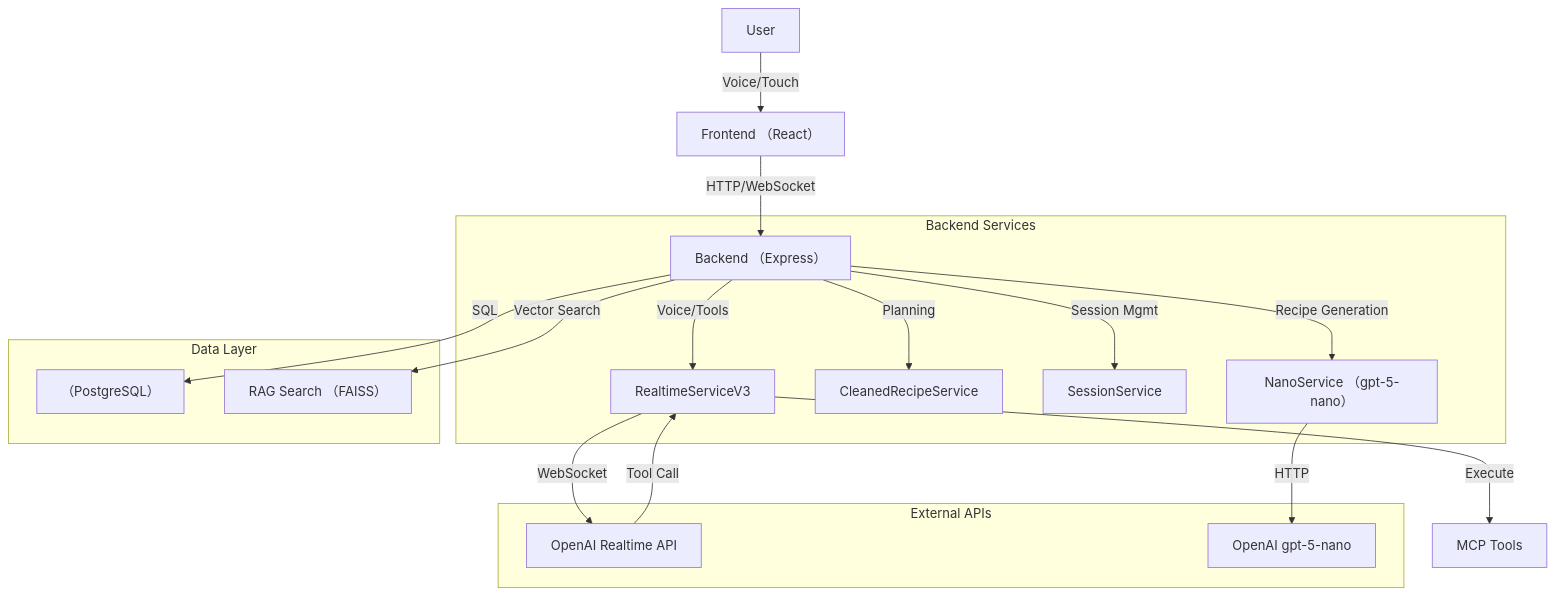
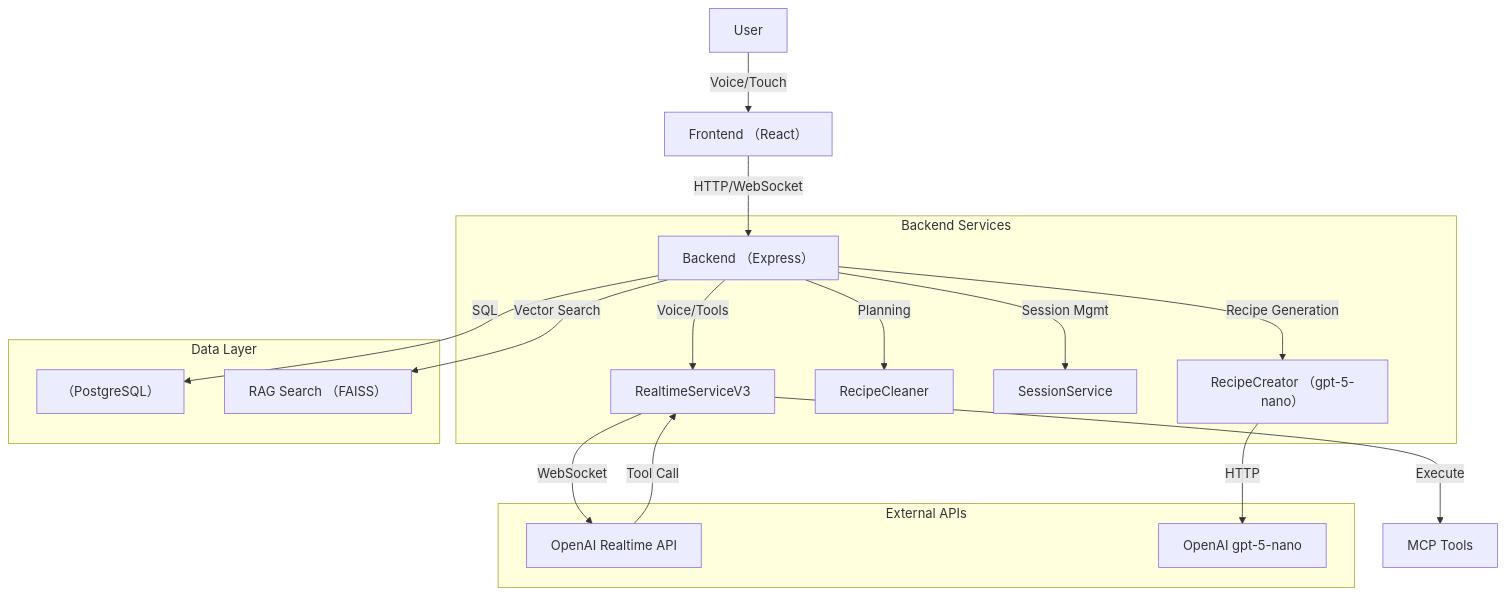
Before and after one commit to yorijori-capstone/recipevoice: the diagram in ARCHITECTURE.md, drawn with Mermaid. The commit also changed other lines of this file and 11 other files, not shown here.

````diff
--- a/ARCHITECTURE.md
+++ b/ARCHITECTURE.md
@@ -13,25 +13,25 @@
 ```mermaid
 graph TD
     User[User] -->|Voice/Touch| Frontend[Frontend （React）]
     Frontend -->|HTTP/WebSocket| Backend[Backend （Express）]
     
     subgraph Backend Services
-        Backend -->|Recipe Generation| NanoService[NanoService （gpt-5-nano）]
-        Backend -->|Planning| CleanedRecipeService[CleanedRecipeService]
+        Backend -->|Recipe Generation| RecipeCreator[RecipeCreator （gpt-5-nano）]
+        Backend -->|Planning| RecipeCleaner[RecipeCleaner]
         Backend -->|Session Mgmt| SessionService[SessionService]
         Backend -->|Voice/Tools| RealtimeService[RealtimeServiceV3]
     end
     
     subgraph External APIs
         RealtimeService -->|WebSocket| OpenAI[OpenAI Realtime API]
-        NanoService -->|HTTP| OpenAI_GPT5[OpenAI gpt-5-nano]
+        RecipeCreator -->|HTTP| OpenAI_GPT5[OpenAI gpt-5-nano]
     end
     
     subgraph Data Layer
         Backend -->|SQL| DB[（PostgreSQL）]
         Backend -->|Vector Search| RAG[RAG Search （FAISS）]
     end
     
     OpenAI -->|Tool Call| RealtimeService
     RealtimeService -->|Execute| MCP[MCP Tools]
 ```
````
